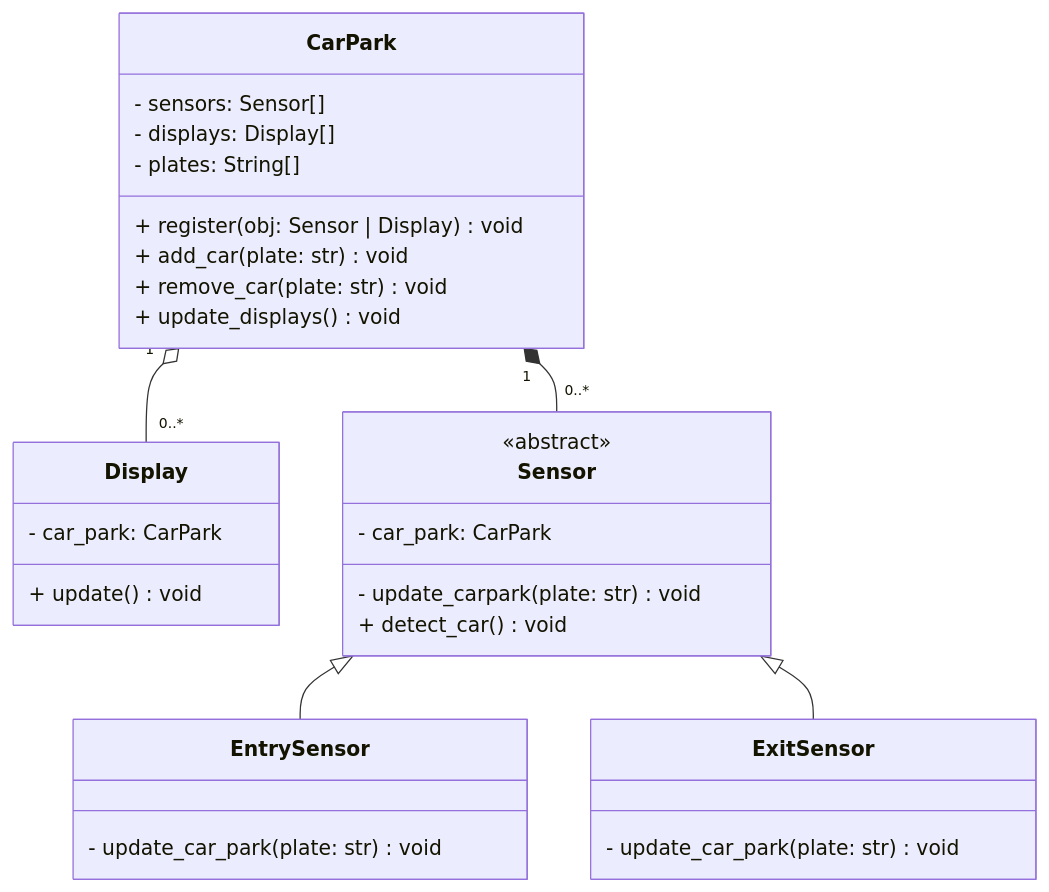
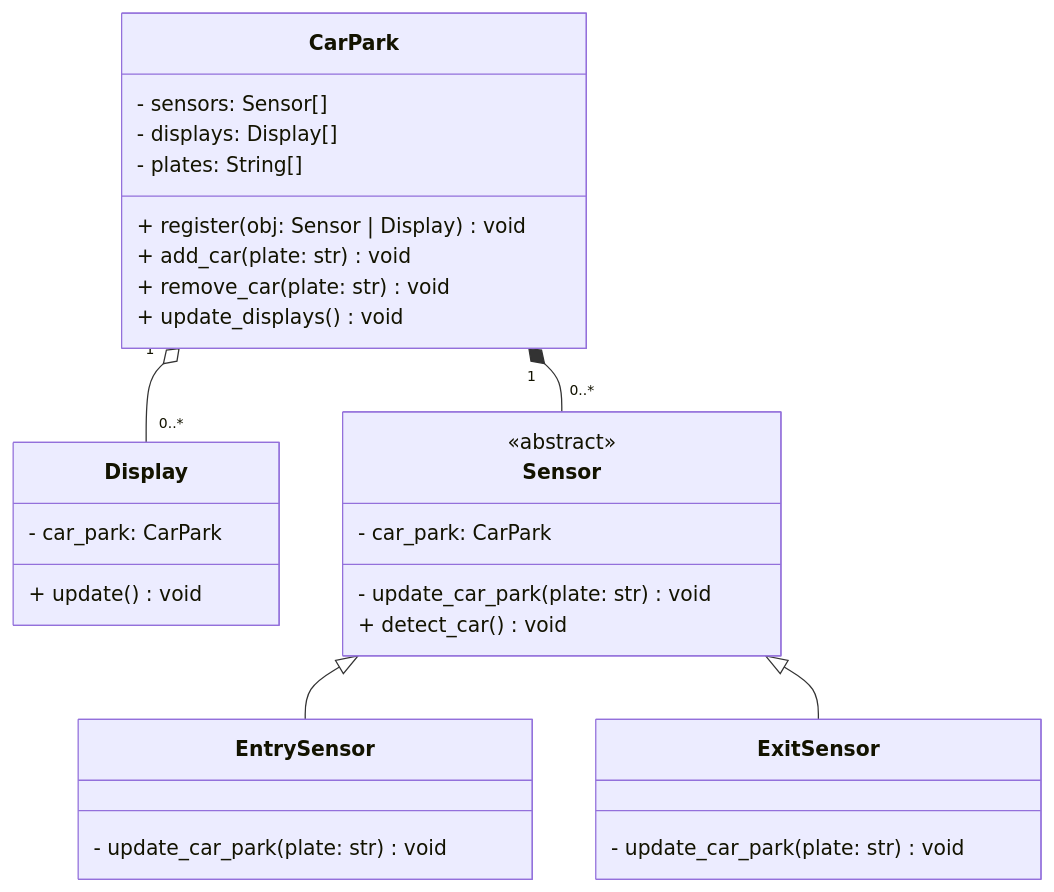
The second of 3 diagrams in activities/carpark-prj-guided.md (NM-TAFE/civ-ipriot-in-class-demos), drawn with Mermaid before and after one commit. The commit also changed other lines of this file and 1 other file, not shown here.

Commit message:
Breaking change: carpark -> car_park, CarPark, and car park

````diff
--- a/activities/carpark-prj-guided.md
+++ b/activities/carpark-prj-guided.md
@@ -313,35 +314,35 @@
 ```mermaid
 classDiagram
       CarPark "1" o-- "0..*" Display
       CarPark "1" *-- "0..*" Sensor
       Sensor <|-- EntrySensor
       Sensor <|-- ExitSensor 
       
 
       class CarPark {
          - sensors: Sensor[]
          - displays: Display[]
          - plates: String[]
          + register(obj: Sensor | Display) void
          + add_car(plate: str) void
          + remove_car(plate: str) void 
          + update_displays() void
       }
       class Sensor {
          <<abstract>>
          - car_park: CarPark
-         - update_carpark(plate: str) void
+         - update_car_park(plate: str) void
          + detect_car() void
       }
       class EntrySensor{
          - update_car_park(plate: str) void
 
       }
       class ExitSensor{
          - update_car_park(plate: str) void
       }
       class Display {
          - car_park: CarPark
          + update() void
       }
 ```
````
